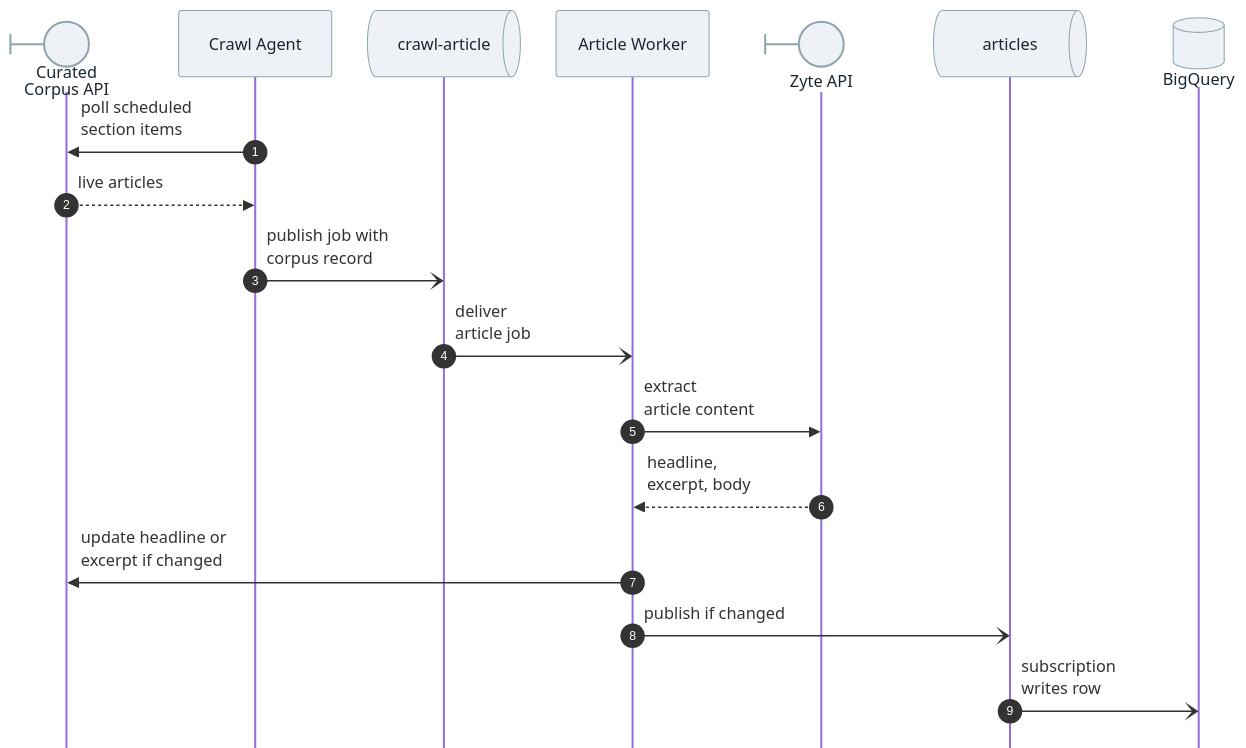
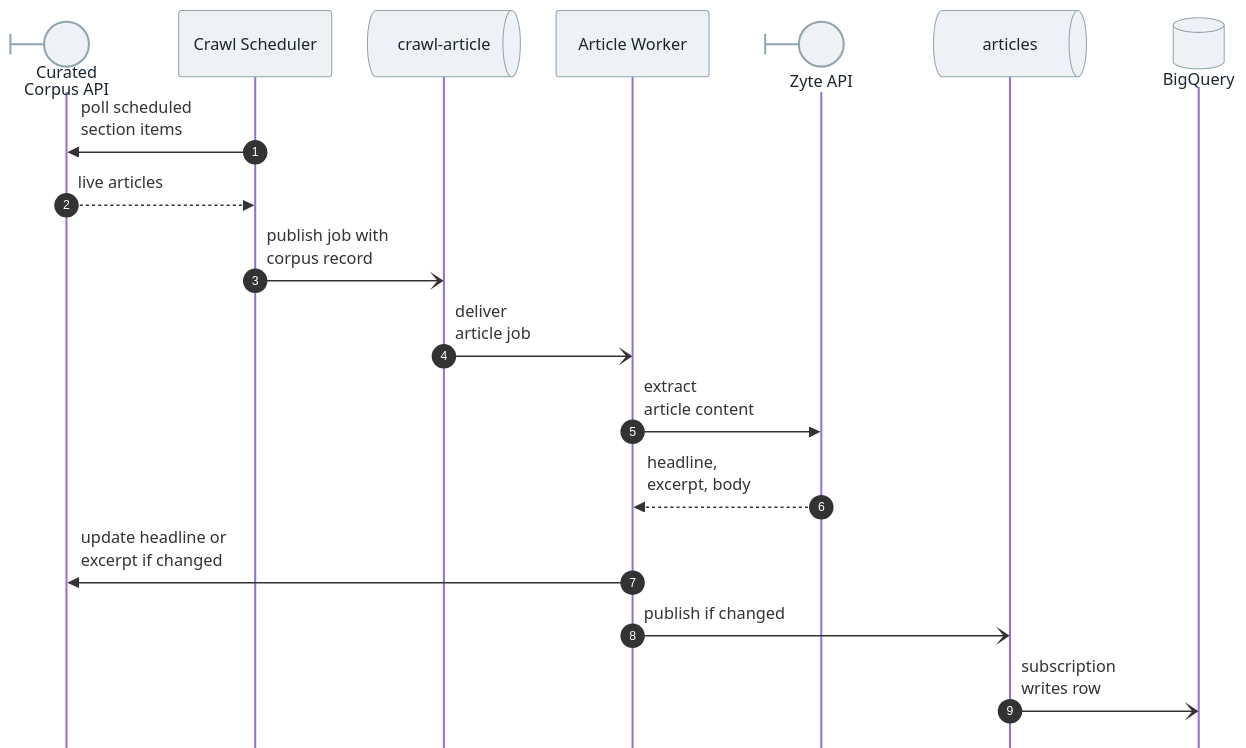
The fifth of 5 diagrams in docs/crawl/ARCHITECTURE.md (mozilla/hnt-content), drawn with Mermaid before and after one commit. The commit also changed other lines of this file and 1 other file, not shown here.

First line of the commit message:
docs(HNT-2978): rename the crawl agent to the crawl scheduler

````diff
--- a/docs/crawl/ARCHITECTURE.md
+++ b/docs/crawl/ARCHITECTURE.md
@@ -328,22 +329,22 @@
 ```mermaid
 %%{init: {'sequence':{'mirrorActors':false,'width':150,'actorMargin':35,'diagramMarginX':100,'boxMargin':8,'messageMargin':26,'diagramMarginY':26,'messageAlign':'left'}, 'themeVariables':{'actorBkg':'#eef2f7','actorBorder':'#90a4ae','actorTextColor':'#1b2631','noteBkgColor':'#fdf2e9','noteBorderColor':'#935116','noteTextColor':'#5b3410'}}}%%
 sequenceDiagram
     autonumber
     participant Corpus@{ "type": "boundary" } as Curated<br/>Corpus API
-    participant Agent as Crawl Agent
+    participant Sched as Crawl Scheduler
     participant ArtQ@{ "type": "queue" } as crawl-article
     participant Art as Article Worker
     participant Zyte@{ "type": "boundary" } as Zyte API
     participant ArtT@{ "type": "queue" } as articles
     participant BQ@{ "type": "database" } as BigQuery
 
-    Agent->>Corpus: poll scheduled<br/>section items
-    Corpus-->>Agent: live articles
-    Agent-)ArtQ: publish job with<br/>corpus record
+    Sched->>Corpus: poll scheduled<br/>section items
+    Corpus-->>Sched: live articles
+    Sched-)ArtQ: publish job with<br/>corpus record
     ArtQ-)Art: deliver<br/>article job
     Art->>Zyte: extract<br/>article content
     Zyte-->>Art: headline,<br/>excerpt, body
     Art->>Corpus: update headline or<br/>excerpt if changed
     Art-)ArtT: publish if changed
     ArtT-)BQ: subscription<br/>writes row
 ```
````
